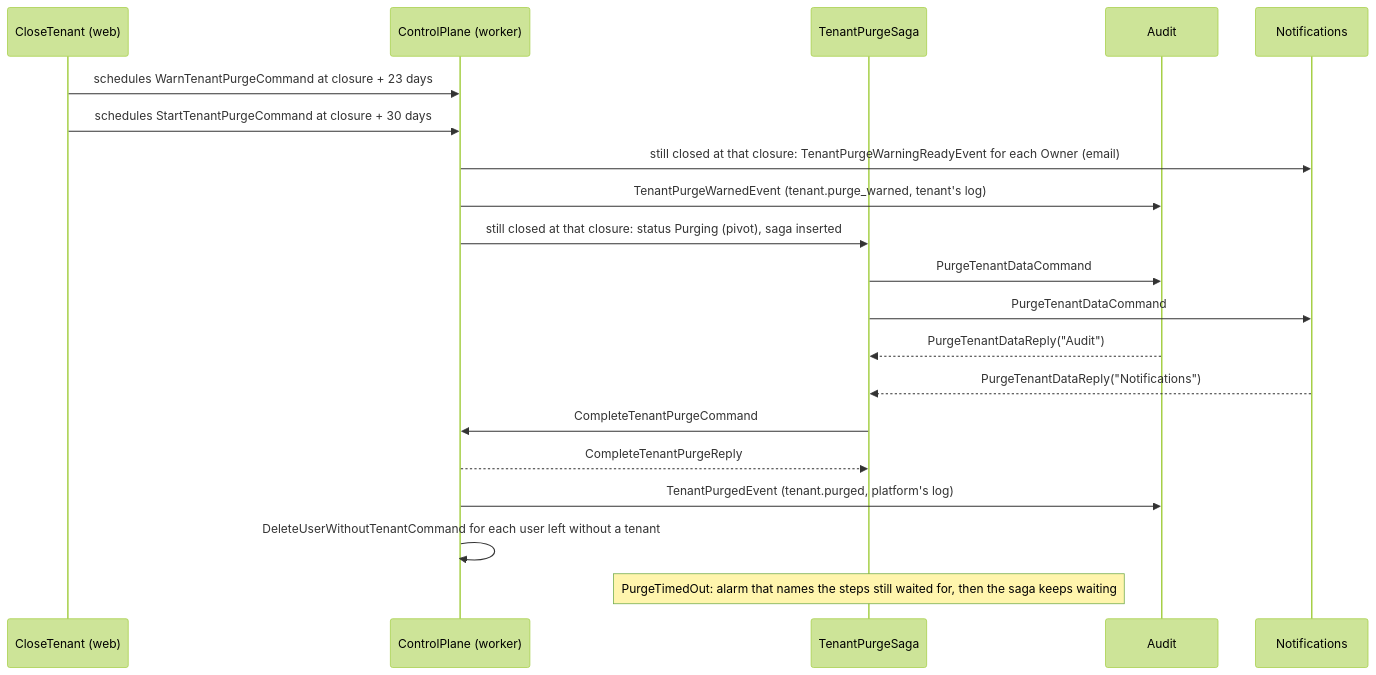
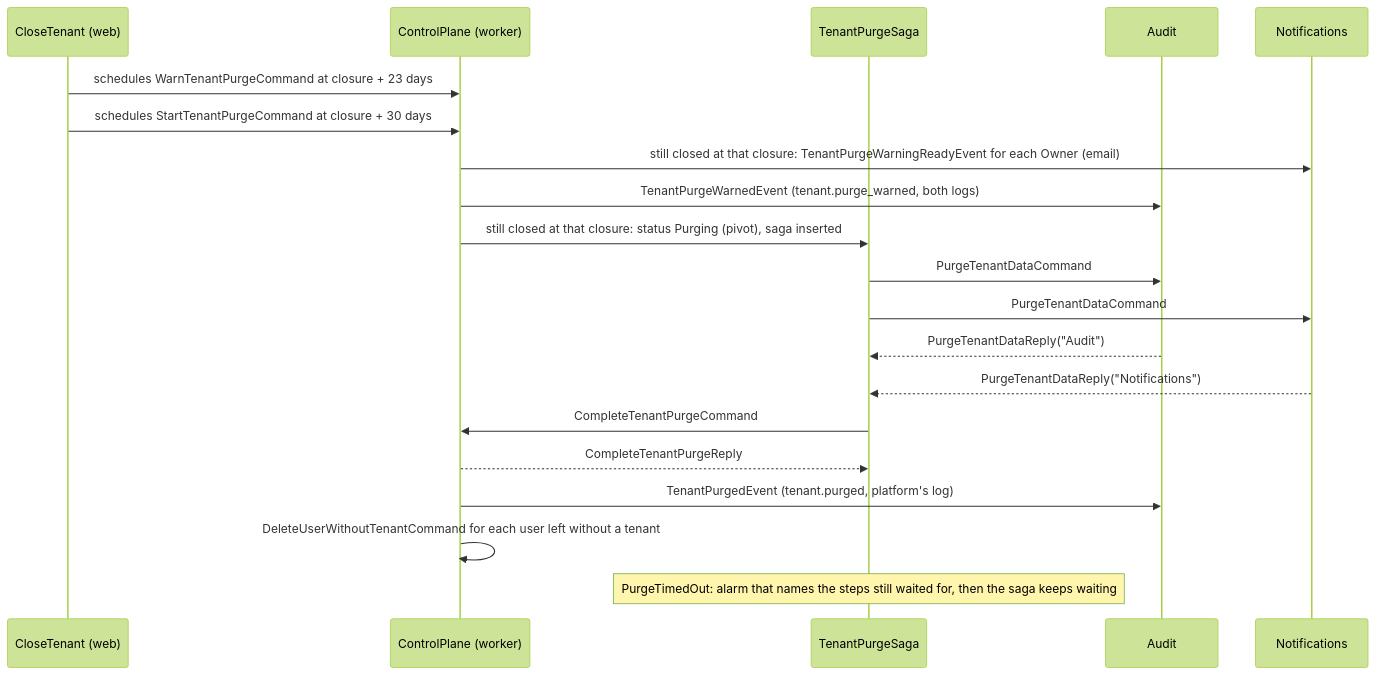
One commit to sufyant/multi-tenant-saas-starter changed the diagram in apps/api/docs/flows/tenant-purge.md. Above: the diagram before and after it, drawn with Mermaid (forest theme). The commit also changed other lines of this file and 19 other files, not shown here.

````diff
--- a/apps/api/docs/flows/tenant-purge.md
+++ b/apps/api/docs/flows/tenant-purge.md
@@ -7,22 +7,22 @@
 ```mermaid
 sequenceDiagram
   participant Close as CloseTenant (web)
   participant CP as ControlPlane (worker)
   participant Saga as TenantPurgeSaga
   participant Audit
   participant Notify as Notifications
   Close->>CP: schedules WarnTenantPurgeCommand at closure + 23 days
   Close->>CP: schedules StartTenantPurgeCommand at closure + 30 days
   CP->>Notify: still closed at that closure: TenantPurgeWarningReadyEvent for each Owner (email)
-  CP->>Audit: TenantPurgeWarnedEvent (tenant.purge_warned, tenant's log)
+  CP->>Audit: TenantPurgeWarnedEvent (tenant.purge_warned, both logs)
   CP->>Saga: still closed at that closure: status Purging (pivot), saga inserted
   Saga->>Audit: PurgeTenantDataCommand
   Saga->>Notify: PurgeTenantDataCommand
   Audit-->>Saga: PurgeTenantDataReply("Audit")
   Notify-->>Saga: PurgeTenantDataReply("Notifications")
   Saga->>CP: CompleteTenantPurgeCommand
   CP-->>Saga: CompleteTenantPurgeReply
   CP->>Audit: TenantPurgedEvent (tenant.purged, platform's log)
   CP->>CP: DeleteUserWithoutTenantCommand for each user left without a tenant
   Note over Saga: PurgeTimedOut: alarm that names the steps still waited for, then the saga keeps waiting
 ```
````
